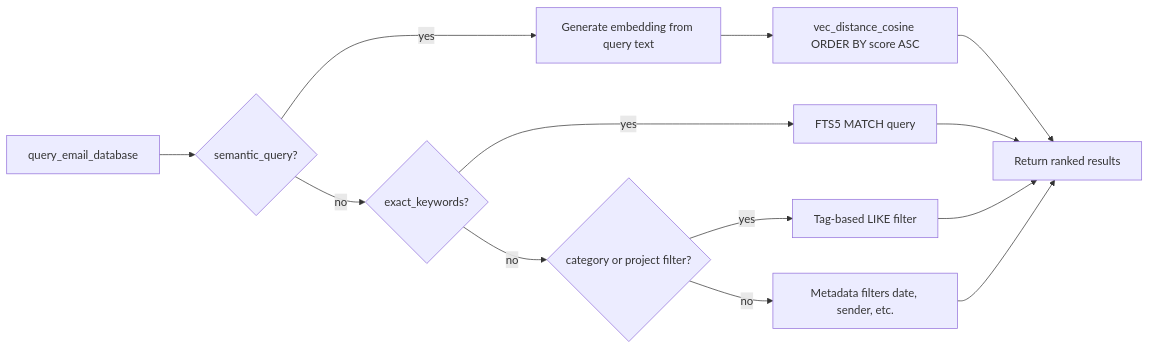
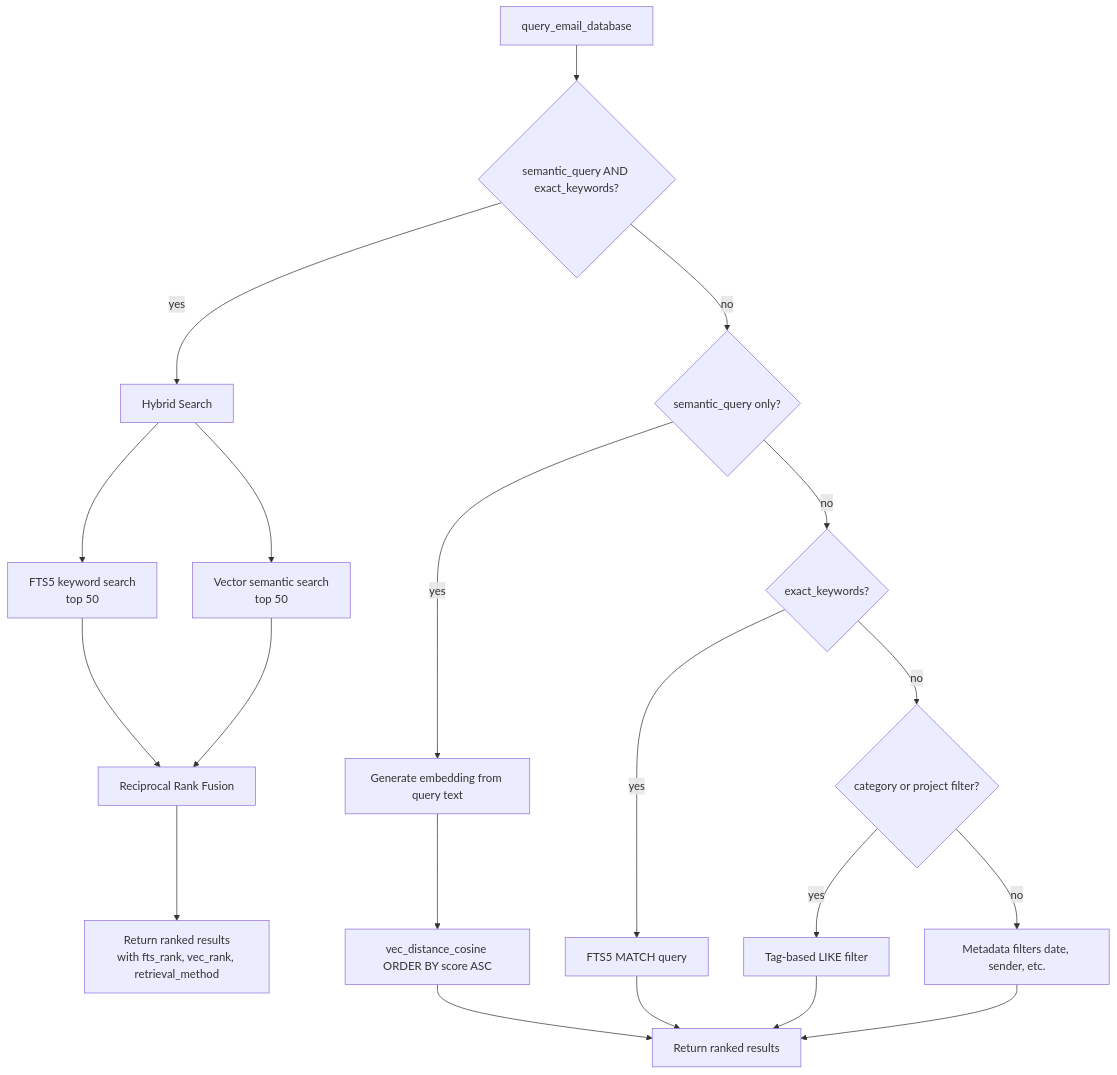
One commit to thomasmaerz/emailindex changed the third of 7 diagrams in README.md. Above: the diagram before and after it, drawn with Mermaid. The commit also changed other lines of this file and 2 other files, not shown here.

First line of the commit message:
feat: hybrid search with Reciprocal Rank Fusion (FTS5 + vector)

````diff
--- a/README.md
+++ b/README.md
@@ -272,18 +272,26 @@
 ```mermaid
-flowchart LR
-    A[query_email_database] --> B{semantic_query?}
-    B -->|yes| C[Generate embedding from query text]
-    C --> D[vec_distance_cosine ORDER BY score ASC]
-    D --> E[Return ranked results]
+flowchart TD
+    A[query_email_database] --> B{semantic_query AND exact_keywords?}
+    B -->|yes| C[Hybrid Search]
+    C --> C1[FTS5 keyword search<br>top 50]
+    C --> C2[Vector semantic search<br>top 50]
+    C1 --> C3[Reciprocal Rank Fusion]
+    C2 --> C3
+    C3 --> C4[Return ranked results<br>with fts_rank, vec_rank, retrieval_method]
 
-    B -->|no| F{exact_keywords?}
-    F -->|yes| G[FTS5 MATCH query]
-    G --> E
+    B -->|no| D{semantic_query only?}
+    D -->|yes| E[Generate embedding from query text]
+    E --> F[vec_distance_cosine ORDER BY score ASC]
+    F --> G[Return ranked results]
 
-    F -->|no| H{category or project filter?}
-    H -->|yes| I[Tag-based LIKE filter]
-    I --> E
+    D -->|no| H{exact_keywords?}
+    H -->|yes| I[FTS5 MATCH query]
+    I --> G
 
-    H -->|no| J[Metadata filters date, sender, etc.]
-    J --> E
+    H -->|no| J{category or project filter?}
+    J -->|yes| K[Tag-based LIKE filter]
+    K --> G
+
+    J -->|no| L[Metadata filters date, sender, etc.]
+    L --> G
 ```
````
